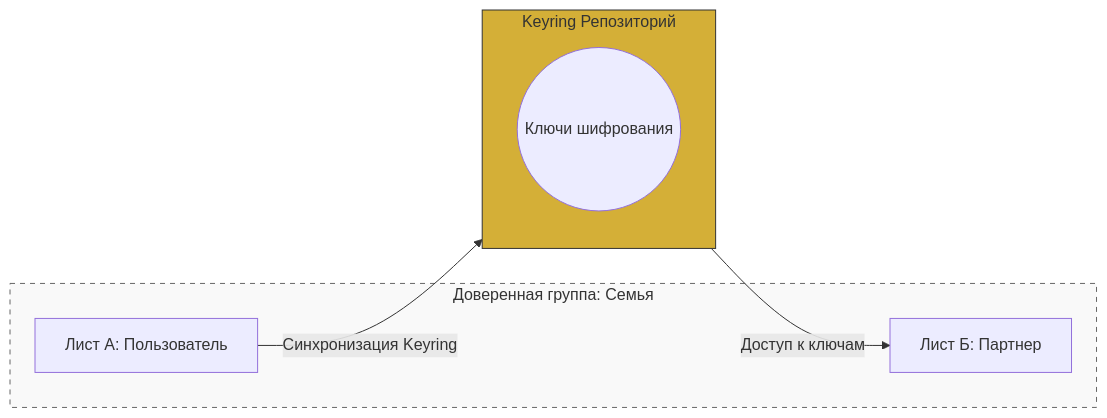
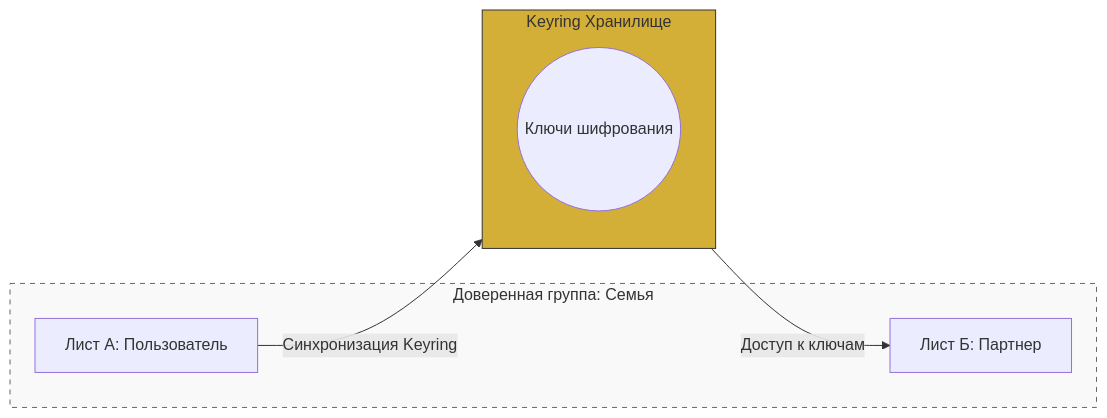
One commit to Data-Independence-Network/presentations changed diagram 20 of 51 in shared_docs/Технический документ платформы Турбаза.md. Above: the diagram before and after it, drawn with Mermaid. The commit also changed other lines of this file and 8 other files, not shown here.

````diff
--- a/shared_docs/Технический документ платформы Турбаза.md
+++ b/shared_docs/Технический документ платформы Турбаза.md
@@ -507,17 +507,17 @@
 ```mermaid
 graph LR
     subgraph Trusted_Group [Доверенная группа: Семья]
         Leaf_A[Лист А: Пользователь]
         Leaf_B[Лист Б: Партнер]
     end
     
-    subgraph Keyring_Repo [Keyring Репозиторий]
+    subgraph Keyring_Repo [Keyring Хранилище]
         Keys((Ключи шифрования))
     end
     
     Leaf_A -- Синхронизация Keyring --> Keyring_Repo
     Keyring_Repo -- Доступ к ключам --> Leaf_B
     
     style Keyring_Repo fill:#D4AF37,stroke:#333
     style Trusted_Group fill:#f9f9f9,stroke:#666,stroke-dasharray: 5 5
 ```
````
